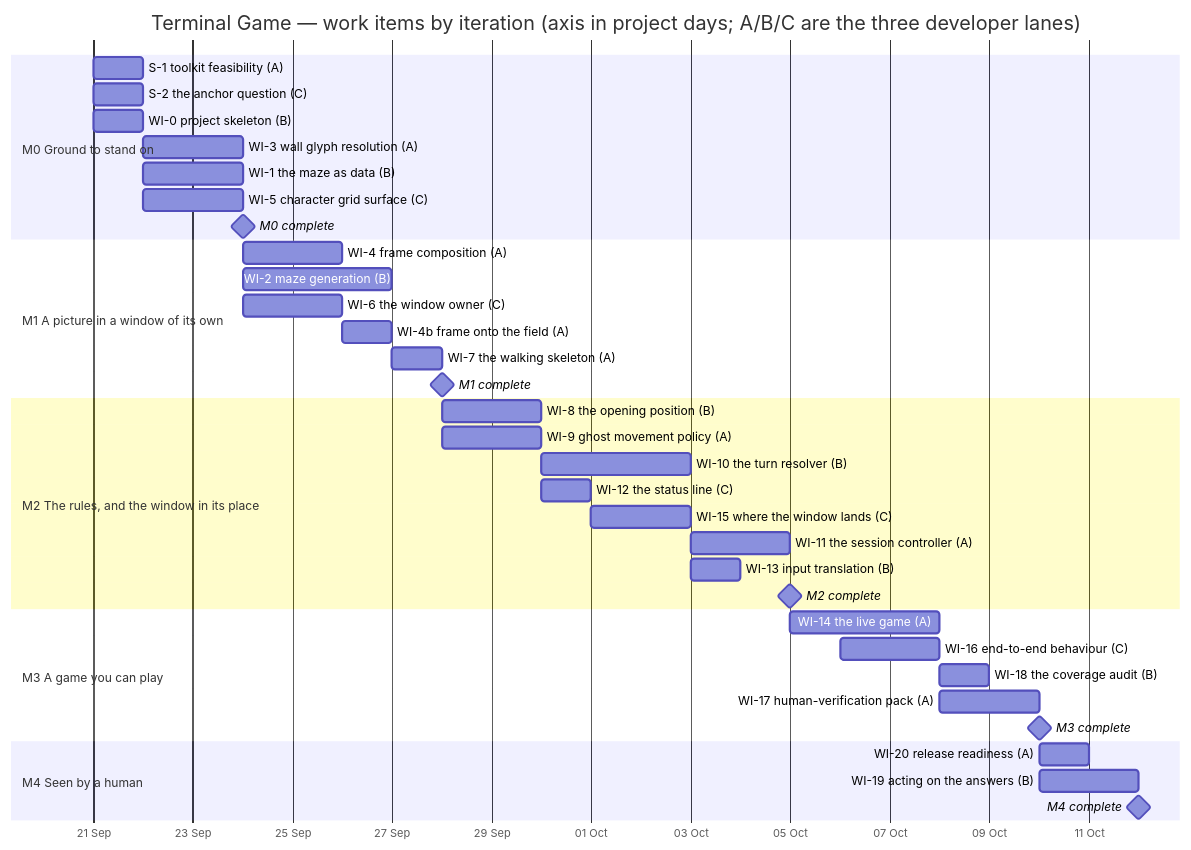
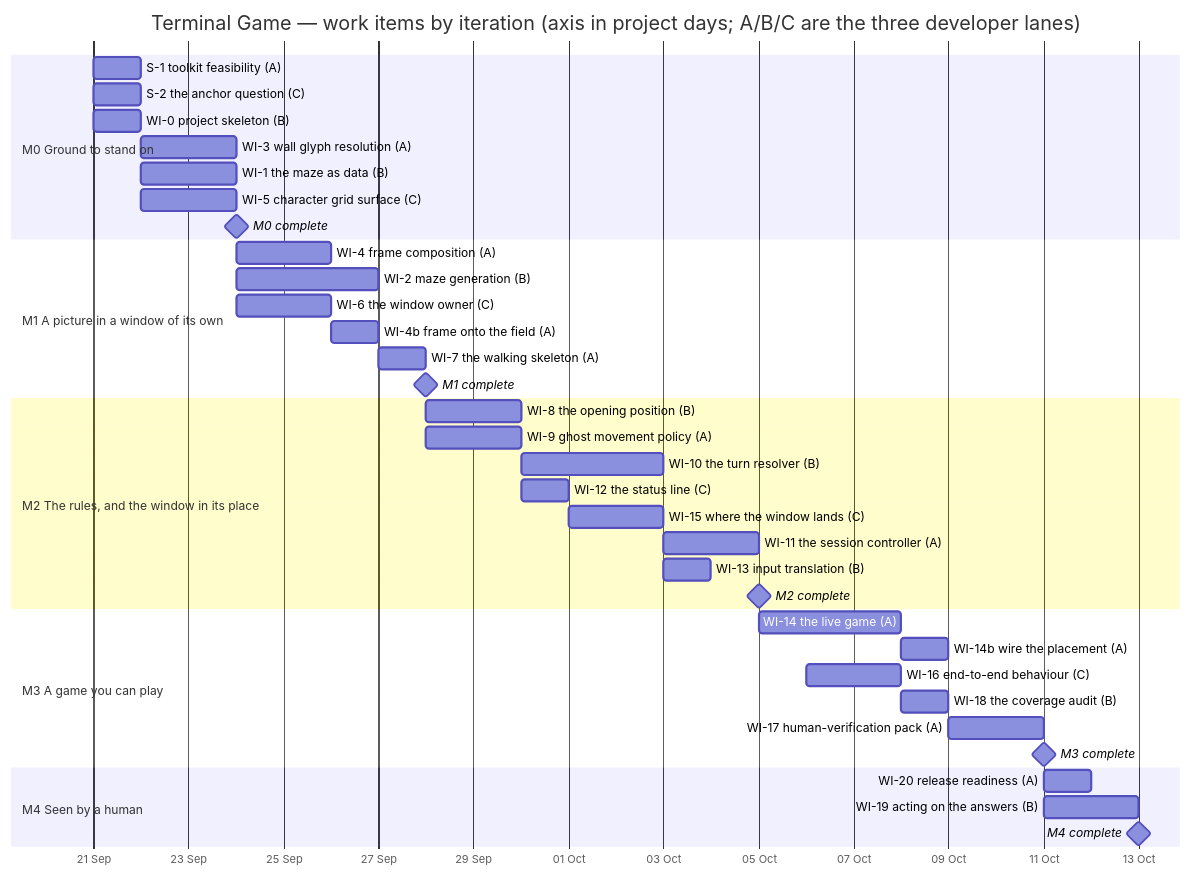
The first of 2 diagrams in docs/IMPLEMENTATION_PLAN.md (replicant1/NewTerminalGame), drawn with Mermaid before and after one commit. The commit also changed other lines of this file and 1 other file, not shown here.

First line of the commit message:
AMEND-1: add WI-14b, and the graph check that would have prevented it

````diff
--- a/docs/IMPLEMENTATION_PLAN.md
+++ b/docs/IMPLEMENTATION_PLAN.md
@@ -1103,45 +1135,46 @@
 ```mermaid
 gantt
   title Terminal Game — work items by iteration (axis in project days; A/B/C are the three developer lanes)
   dateFormat YYYY-MM-DD
   axisFormat %d %b
 
   section M0 Ground to stand on
   S-1  toolkit feasibility (A)      :s1,   2026-09-21, 1d
   S-2  the anchor question (C)      :s2,   2026-09-21, 1d
   WI-0 project skeleton (B)         :wi0,  2026-09-21, 1d
   WI-3 wall glyph resolution (A)    :wi3,  2026-09-22, 2d
   WI-1 the maze as data (B)         :wi1,  2026-09-22, 2d
   WI-5 character grid surface (C)   :wi5,  2026-09-22, 2d
   M0 complete                       :milestone, m0, 2026-09-24, 0d
 
   section M1 A picture in a window of its own
   WI-4 frame composition (A)        :wi4,  2026-09-24, 2d
   WI-2 maze generation (B)          :wi2,  2026-09-24, 3d
   WI-6 the window owner (C)         :wi6,  2026-09-24, 2d
   WI-4b frame onto the field (A)    :wi4b, 2026-09-26, 1d
   WI-7 the walking skeleton (A)     :wi7,  2026-09-27, 1d
   M1 complete                       :milestone, m1, 2026-09-28, 0d
 
   section M2 The rules, and the window in its place
   WI-8  the opening position (B)    :wi8,  2026-09-28, 2d
   WI-9  ghost movement policy (A)   :wi9,  2026-09-28, 2d
   WI-10 the turn resolver (B)       :wi10, 2026-09-30, 3d
   WI-12 the status line (C)         :wi12, 2026-09-30, 1d
   WI-15 where the window lands (C)  :wi15, 2026-10-01, 2d
   WI-11 the session controller (A)  :wi11, 2026-10-03, 2d
   WI-13 input translation (B)       :wi13, 2026-10-03, 1d
   M2 complete                       :milestone, m2, 2026-10-05, 0d
 
   section M3 A game you can play
   WI-14 the live game (A)           :wi14, 2026-10-05, 3d
+  WI-14b wire the placement (A)     :wi14b, 2026-10-08, 1d
   WI-16 end-to-end behaviour (C)    :wi16, 2026-10-06, 2d
   WI-18 the coverage audit (B)      :wi18, 2026-10-08, 1d
-  WI-17 human-verification pack (A) :wi17, 2026-10-08, 2d
-  M3 complete                       :milestone, m3, 2026-10-10, 0d
+  WI-17 human-verification pack (A) :wi17, 2026-10-09, 2d
+  M3 complete                       :milestone, m3, 2026-10-11, 0d
 
   section M4 Seen by a human
-  WI-20 release readiness (A)       :wi20, 2026-10-10, 1d
-  WI-19 acting on the answers (B)   :wi19, 2026-10-10, 2d
-  M4 complete                       :milestone, m4, 2026-10-12, 0d
+  WI-20 release readiness (A)       :wi20, 2026-10-11, 1d
+  WI-19 acting on the answers (B)   :wi19, 2026-10-11, 2d
+  M4 complete                       :milestone, m4, 2026-10-13, 0d
 ```
````
